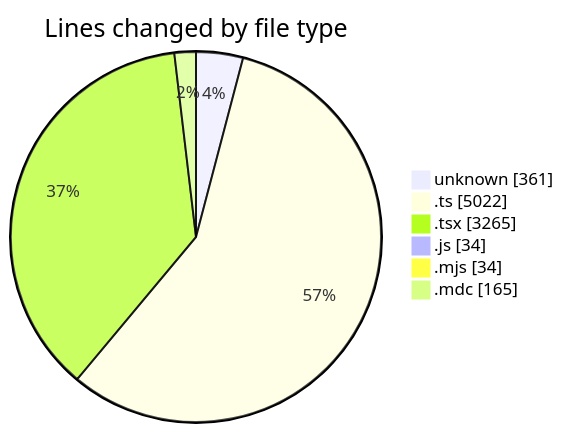
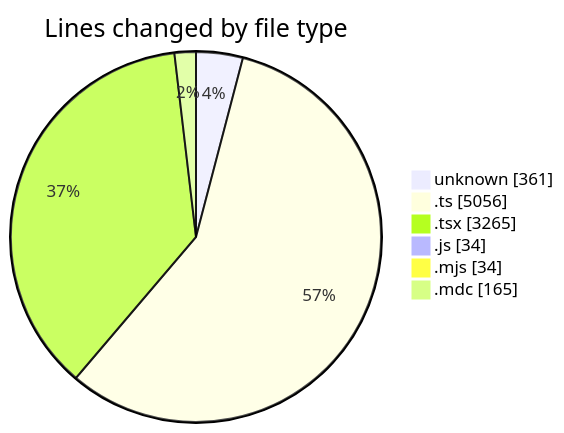
One commit to CELIANVF/code-tracking changed the first of 2 diagrams in 2025-06-13/ecodeli-1/README.md. Above: the diagram before and after it, drawn with Mermaid. The commit also changed other lines of this file and 1 other file, not shown here.

````diff
--- a/2025-06-13/ecodeli-1/README.md
+++ b/2025-06-13/ecodeli-1/README.md
@@ -34,10 +34,10 @@
 ```mermaid
 pie showData
 title Lines changed by file type
 "unknown" : 361
-".ts" : 5022
+".ts" : 5056
 ".tsx" : 3265
 ".js" : 34
 ".mjs" : 34
 ".mdc" : 165
 ```
````
